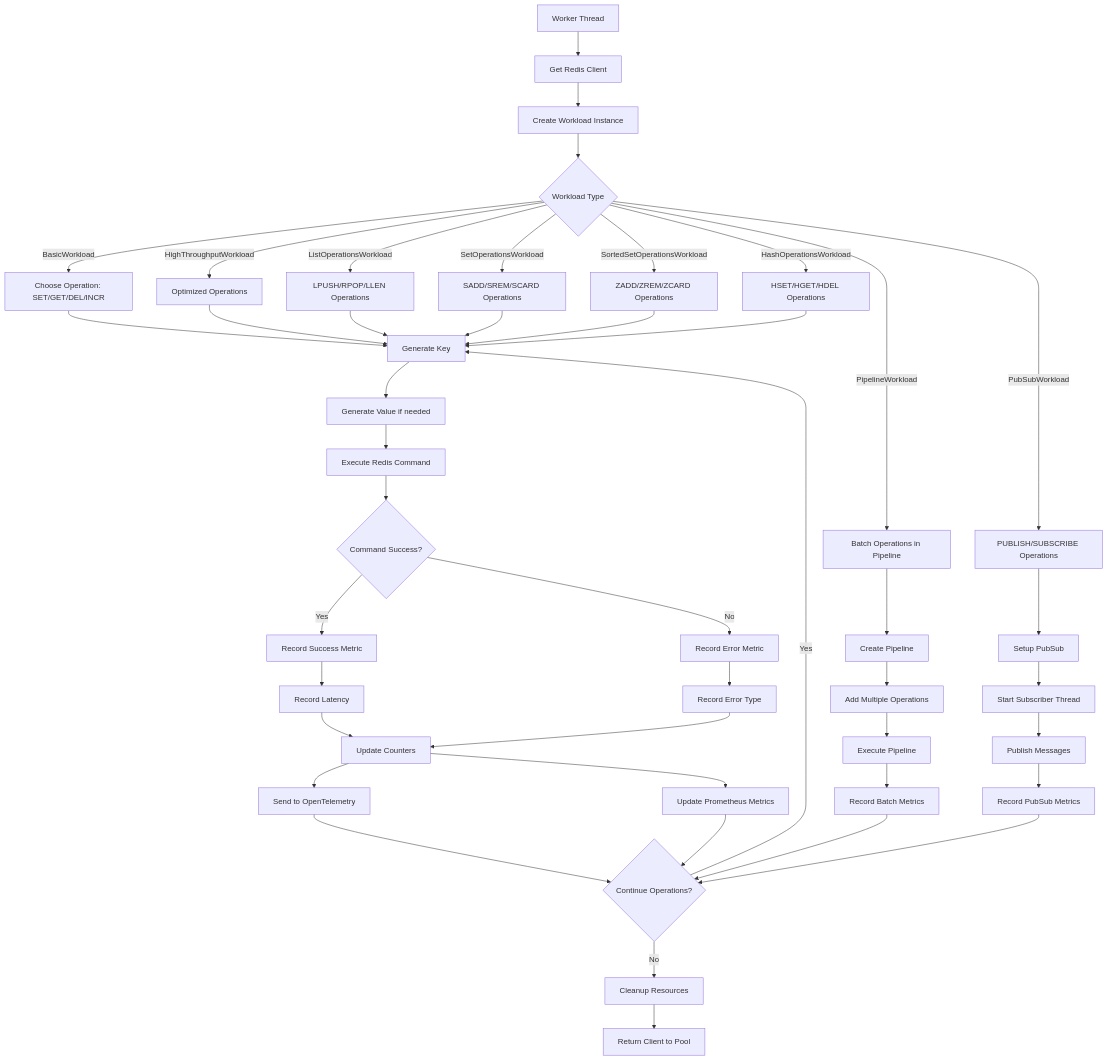
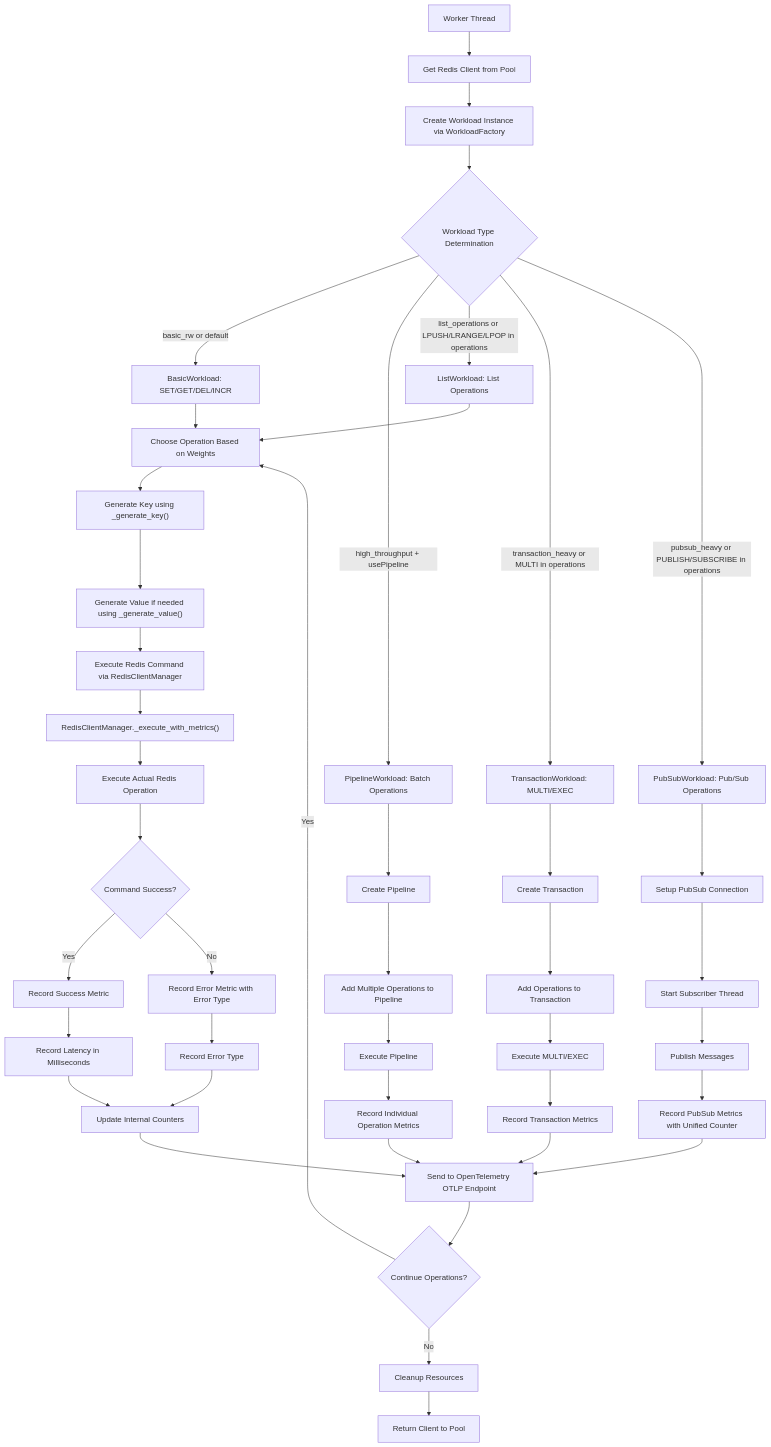
One commit to redis-developer/redis-py-test-app changed the third of 4 diagrams in diagrams/code-flow-diagram.md. Above: the diagram before and after it, drawn with Mermaid. The commit also changed other lines of this file and 13 other files, not shown here.

````diff
--- a/diagrams/code-flow-diagram.md
+++ b/diagrams/code-flow-diagram.md
@@ -143,56 +176,56 @@
 ```mermaid
 flowchart TD
-    A[Worker Thread] --> B[Get Redis Client]
-    B --> C[Create Workload Instance]
-    C --> D{Workload Type}
+    A[Worker Thread] --> B[Get Redis Client from Pool]
+    B --> C[Create Workload Instance via WorkloadFactory]
+    C --> D{Workload Type Determination}
 
-    D -->|BasicWorkload| E[Choose Operation: SET/GET/DEL/INCR]
-    D -->|HighThroughputWorkload| F[Optimized Operations]
-    D -->|ListOperationsWorkload| G[LPUSH/RPOP/LLEN Operations]
-    D -->|SetOperationsWorkload| H[SADD/SREM/SCARD Operations]
-    D -->|SortedSetOperationsWorkload| I[ZADD/ZREM/ZCARD Operations]
-    D -->|HashOperationsWorkload| J[HSET/HGET/HDEL Operations]
-    D -->|PipelineWorkload| K[Batch Operations in Pipeline]
-    D -->|PubSubWorkload| L[PUBLISH/SUBSCRIBE Operations]
+    D -->|basic_rw or default| E[BasicWorkload: SET/GET/DEL/INCR]
+    D -->|high_throughput + usePipeline| F[PipelineWorkload: Batch Operations]
+    D -->|list_operations or LPUSH/LRANGE/LPOP in operations| G[ListWorkload: List Operations]
+    D -->|transaction_heavy or MULTI in operations| H[TransactionWorkload: MULTI/EXEC]
+    D -->|pubsub_heavy or PUBLISH/SUBSCRIBE in operations| I[PubSubWorkload: Pub/Sub Operations]
 
-    E --> M[Generate Key]
-    F --> M
-    G --> M
-    H --> M
-    I --> M
-    J --> M
+    E --> J[Choose Operation Based on Weights]
+    G --> J
 
-    K --> N[Create Pipeline]
-    N --> O[Add Multiple Operations]
-    O --> P[Execute Pipeline]
-    P --> Q[Record Batch Metrics]
+    F --> K[Create Pipeline]
+    K --> L[Add Multiple Operations to Pipeline]
+    L --> M[Execute Pipeline]
+    M --> N[Record Individual Operation Metrics]
 
-    L --> R[Setup PubSub]
-    R --> S[Start Subscriber Thread]
-    S --> T[Publish Messages]
-    T --> U[Record PubSub Metrics]
+    H --> O[Create Transaction]
+    O --> P[Add Operations to Transaction]
+    P --> Q[Execute MULTI/EXEC]
+    Q --> R[Record Transaction Metrics]
 
-    M --> V[Generate Value if needed]
-    V --> W[Execute Redis Command]
-    W --> X{Command Success?}
+    I --> S[Setup PubSub Connection]
+    S --> T[Start Subscriber Thread]
+    T --> U[Publish Messages]
+    U --> V[Record PubSub Metrics with Unified Counter]
 
-    X -->|Yes| Y[Record Success Metric]
-    X -->|No| Z[Record Error Metric]
+    J --> W["Generate Key using _generate_key()"]
+    W --> X["Generate Value if needed using _generate_value()"]
+    X --> Y["Execute Redis Command via RedisClientManager"]
 
-    Y --> AA[Record Latency]
-    Z --> BB[Record Error Type]
-    AA --> CC[Update Counters]
-    BB --> CC
+    Y --> Z["RedisClientManager._execute_with_metrics()"]
+    Z --> AA[Execute Actual Redis Operation]
+    AA --> BB{Command Success?}
 
-    CC --> DD[Send to OpenTelemetry]
-    CC --> EE[Update Prometheus Metrics]
+    BB -->|Yes| CC[Record Success Metric]
+    BB -->|No| DD[Record Error Metric with Error Type]
 
-    DD --> FF{Continue Operations?}
-    EE --> FF
-    Q --> FF
-    U --> FF
+    CC --> EE[Record Latency in Milliseconds]
+    DD --> FF[Record Error Type]
+    EE --> GG[Update Internal Counters]
+    FF --> GG
 
-    FF -->|Yes| M
-    FF -->|No| GG[Cleanup Resources]
-    GG --> HH[Return Client to Pool]
+    GG --> HH[Send to OpenTelemetry OTLP Endpoint]
+    N --> HH
+    R --> HH
+    V --> HH
+
+    HH --> II{Continue Operations?}
+    II -->|Yes| J
+    II -->|No| JJ[Cleanup Resources]
+    JJ --> KK[Return Client to Pool]
 ```
````
